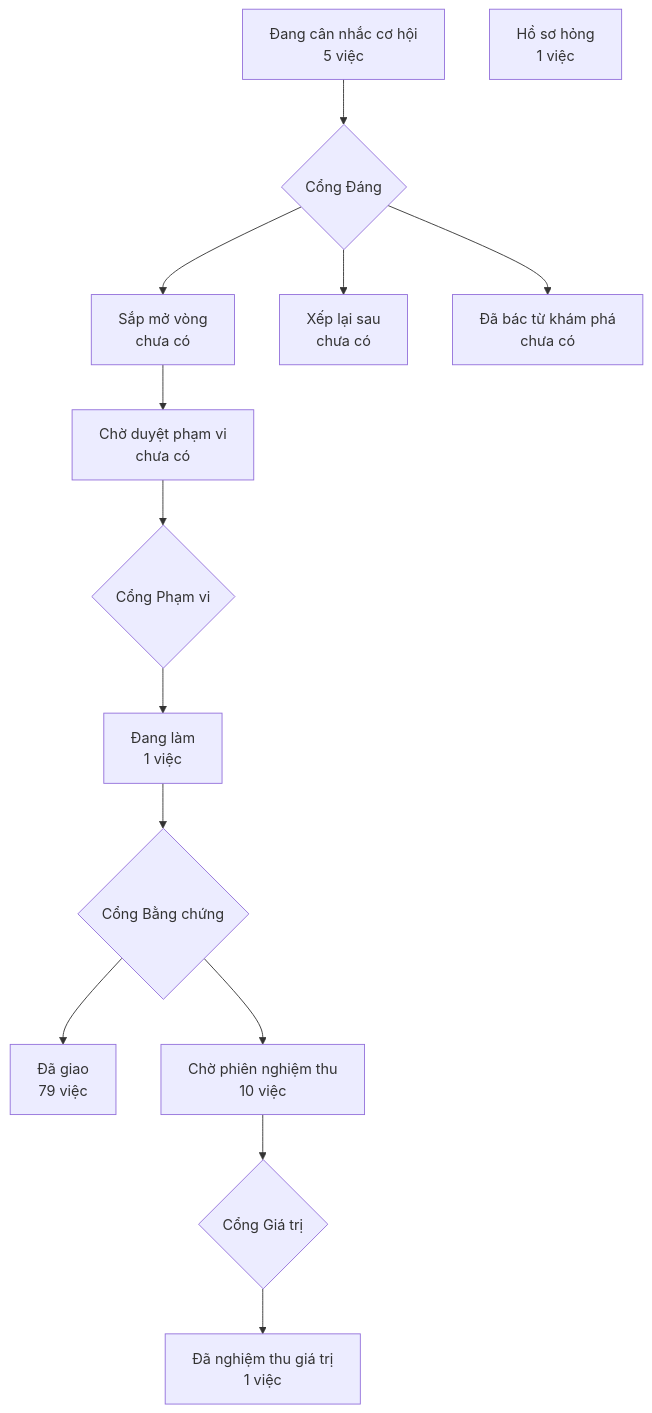
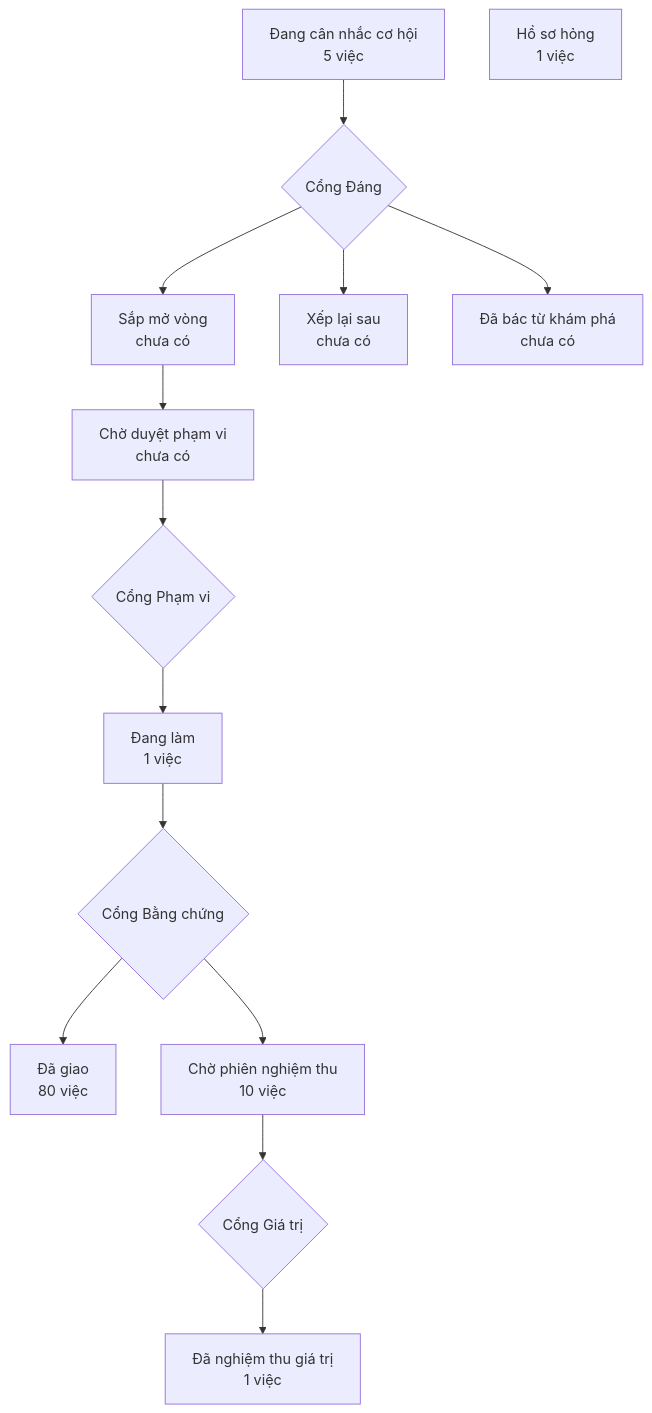
The diagram in PRODUCT-MAP.md (phanlemanh/crm-onehub), drawn with Mermaid before and after one commit.

Commit message:
map: vẽ lại bản đồ sản phẩm sau gộp onehub

````diff
--- a/PRODUCT-MAP.md
+++ b/PRODUCT-MAP.md
@@ -6,13 +6,13 @@
 ```mermaid
 flowchart TD
   A["Đang cân nhắc cơ hội<br/>5 việc"] --> GD{"Cổng Đáng"}
   GD --> B["Sắp mở vòng<br/>chưa có"]
   GD --> XL["Xếp lại sau<br/>chưa có"]
   GD --> DB["Đã bác từ khám phá<br/>chưa có"]
   B --> CD["Chờ duyệt phạm vi<br/>chưa có"] --> GP{"Cổng Phạm vi"}
   GP --> DL["Đang làm<br/>1 việc"] --> GB{"Cổng Bằng chứng"}
-  GB --> DG["Đã giao<br/>79 việc"]
+  GB --> DG["Đã giao<br/>80 việc"]
   GB --> CN["Chờ phiên nghiệm thu<br/>10 việc"] --> GG{"Cổng Giá trị"}
   GG --> NT["Đã nghiệm thu giá trị<br/>1 việc"]
   HS["Hồ sơ hỏng<br/>1 việc"]
 ```
````
